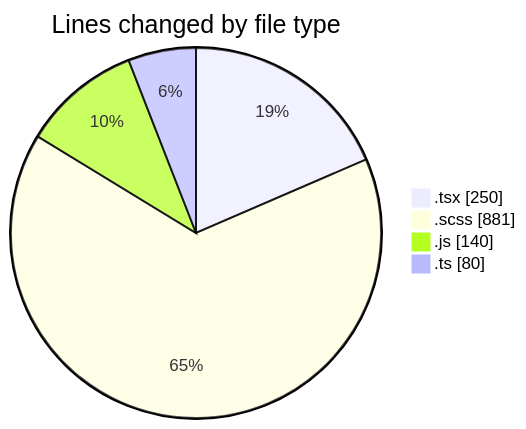
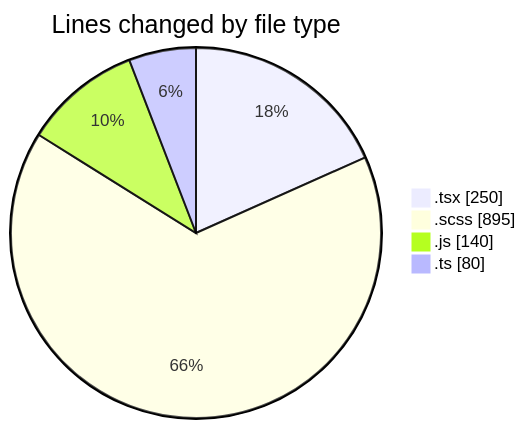
Before and after one commit to momahboobian/code-tracking: the first of 2 diagrams in 2026-03-25/cda/README.md, drawn with Mermaid. The commit also changed other lines of this file and 1 other file, not shown here.

````diff
--- a/2026-03-25/cda/README.md
+++ b/2026-03-25/cda/README.md
@@ -23,8 +23,8 @@
 ```mermaid
 pie showData
 title Lines changed by file type
 ".tsx" : 250
-".scss" : 881
+".scss" : 895
 ".js" : 140
 ".ts" : 80
 ```
````
